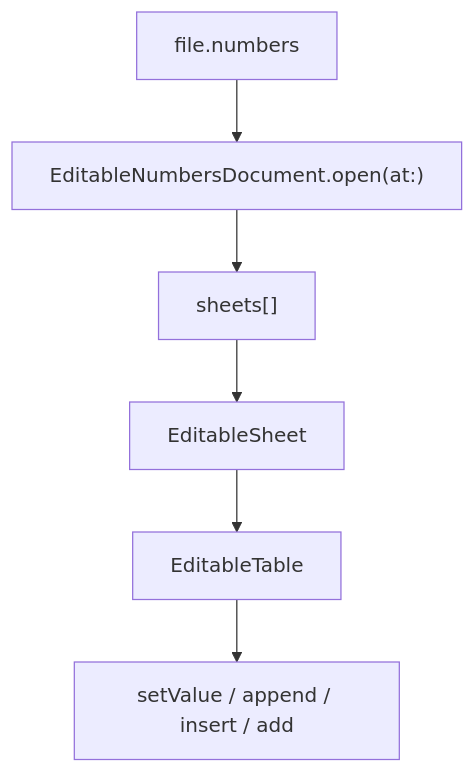
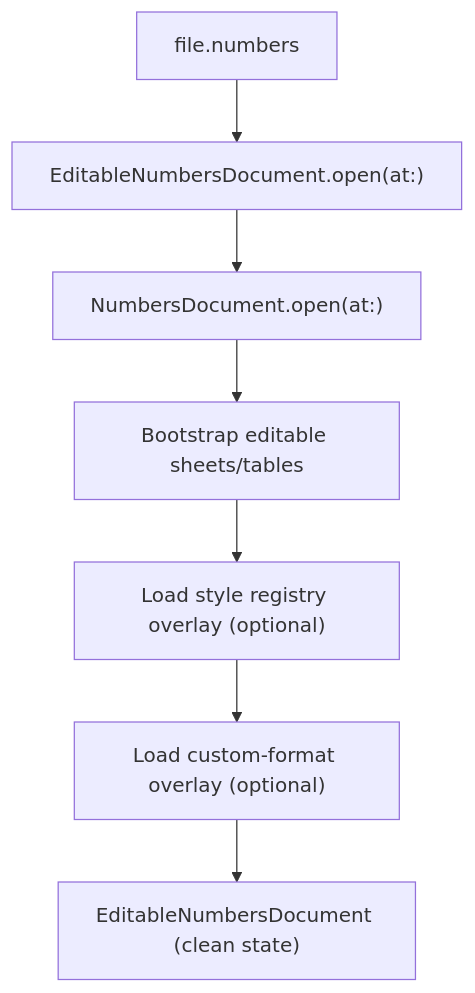
The diagram in docs/operations/07-editable-open.md (pizzamoltobene/swift-numbers), drawn with Mermaid before and after one commit. The commit also changed other lines of this file and 32 other files, not shown here.

````diff
--- a/docs/operations/07-editable-open.md
+++ b/docs/operations/07-editable-open.md
@@ -29,8 +42,9 @@
 ```mermaid
 flowchart TD
   A["file.numbers"] --> B["EditableNumbersDocument.open(at:)"]
-  B --> C["sheets[]"]
-  C --> D["EditableSheet"]
-  D --> E["EditableTable"]
-  E --> F["setValue / append / insert / add"]
+  B --> C["NumbersDocument.open(at:)"]
+  C --> D["Bootstrap editable sheets/tables"]
+  D --> E["Load style registry overlay (optional)"]
+  E --> F["Load custom-format overlay (optional)"]
+  F --> G["EditableNumbersDocument (clean state)"]
 ```
````
